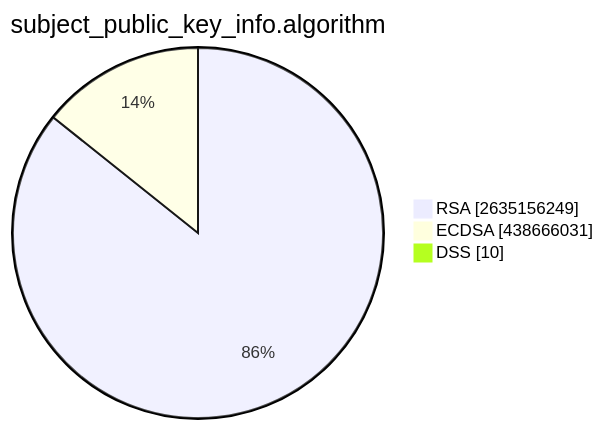
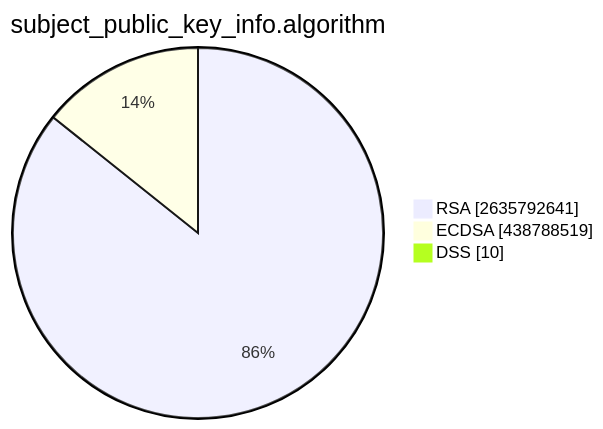
Before and after one commit to christiankrug/ctmonitor_visualization: the second of 15 diagrams in TOTAL/README.md, drawn with Mermaid. The commit also changed other lines of this file, not shown here.

````diff
--- a/TOTAL/README.md
+++ b/TOTAL/README.md
@@ -6,7 +6,7 @@
 ```mermaid
 pie showData
 title subject_public_key_info.algorithm
-"RSA" :2635156249
-"ECDSA" :438666031
+"RSA" :2635792641
+"ECDSA" :438788519
 "DSS" :10
 ```
````
